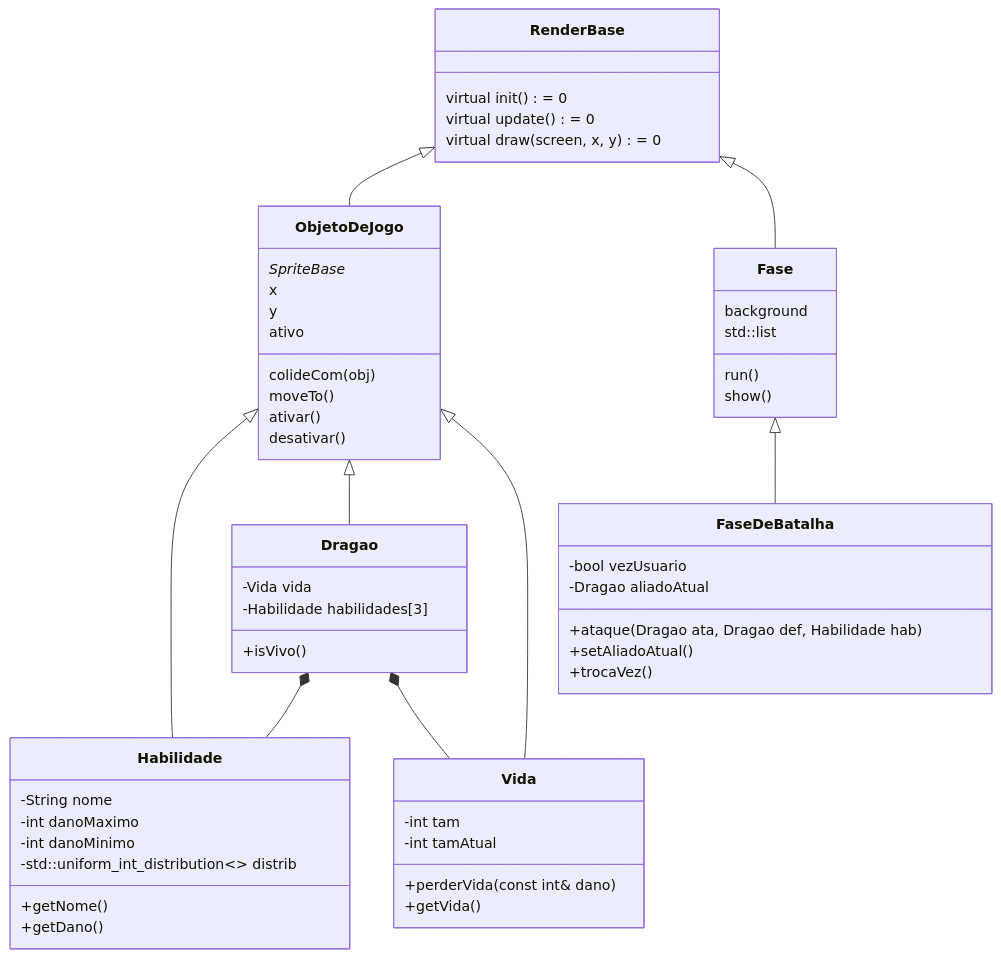
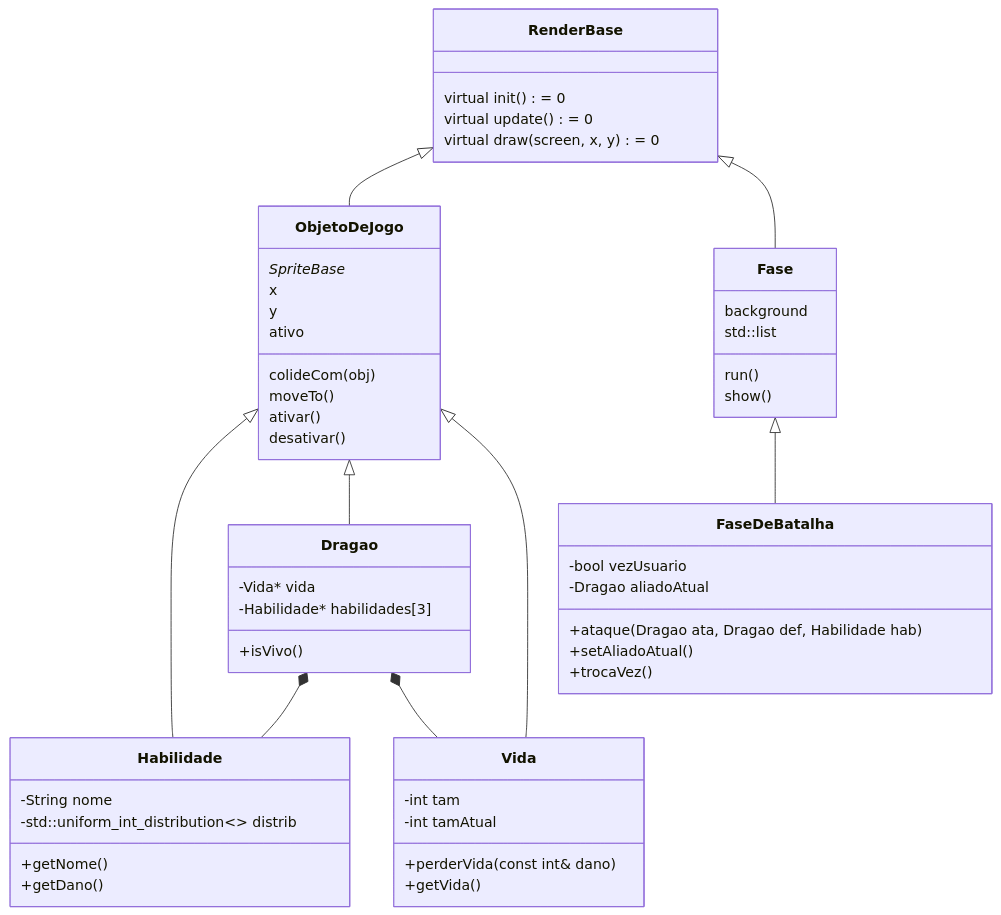
The diagram in uml.md (JeffersonAmorimdaCosta/projeto_poo), drawn with Mermaid before and after one commit. The commit also changed 4 other files, not shown here.

````diff
--- a/uml.md
+++ b/uml.md
@@ -1,69 +1,67 @@
 ```mermaid
 classDiagram
     class RenderBase {
         virtual init() = 0
         virtual update() = 0
         virtual draw(screen, x, y) = 0
     }
 
     class ObjetoDeJogo {
         SpriteBase*
         x
         y
         ativo
         colideCom(obj)
         moveTo()
         ativar()
         desativar()
     }
 
     class Fase {
         background
         std::list<ObjetoDeJogo*>
         run()
         show()
     }
 
     class Dragao {
-        -Vida vida
-        -Habilidade habilidades[3]
+        -Vida* vida
+        -Habilidade* habilidades[3]
         +isVivo()
     }
 
     class Habilidade {
         -String nome
-        -int danoMaximo
-        -int danoMinimo
         -std::uniform_int_distribution<> distrib
         +getNome()
         +getDano()
     }
 
     class Vida {
         -int tam
         -int tamAtual
         +perderVida(const int& dano)
         +getVida()
     }
 
 
     class FaseDeBatalha {
         -bool vezUsuario
         -Dragao aliadoAtual
         +ataque(Dragao ata, Dragao def, Habilidade hab)   
         +setAliadoAtual()
         +trocaVez()
     }
 
     RenderBase <|-- ObjetoDeJogo
     RenderBase <|-- Fase
 
     ObjetoDeJogo <|-- Habilidade
     ObjetoDeJogo <|-- Dragao
     ObjetoDeJogo <|-- Vida
 
     Fase <|-- FaseDeBatalha
 
     Dragao *-- Habilidade
     Dragao *-- Vida
 ```
````
